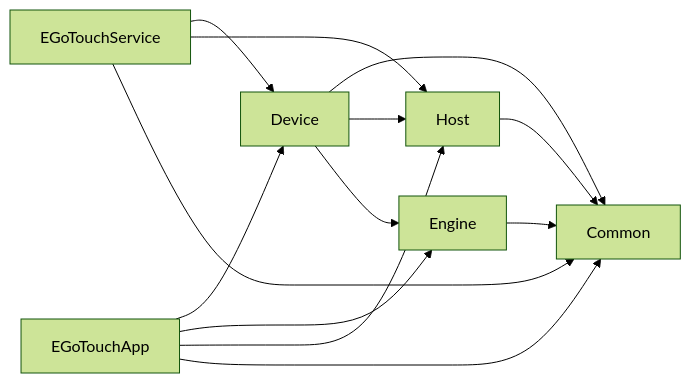
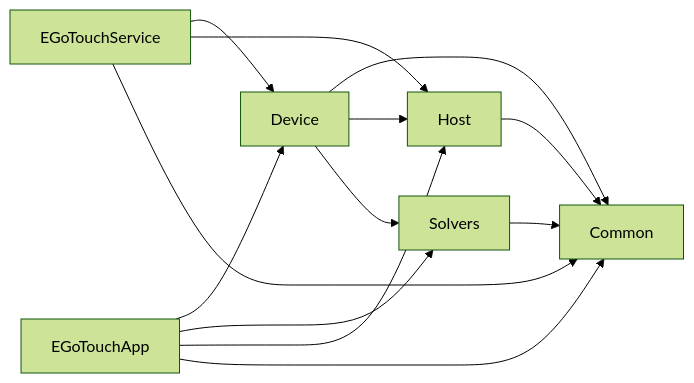
Before and after one commit to awarson2233/EGoTouchRev: the third of 3 diagrams in docs/architecture_redesign.md, drawn with Mermaid (forest theme). The commit also changed other lines of this file and 8 other files, not shown here.

Commit message:
feat: add touch and stylus pipeline configuration and architecture redesign documentation

````diff
--- a/docs/architecture_redesign.md
+++ b/docs/architecture_redesign.md
@@ -285,18 +235,18 @@
 ```mermaid
 graph LR
     Service[EGoTouchService] --> Device
     Service --> Host
     Service --> Common
 
     App[EGoTouchApp] --> Device
-    App --> Engine
+    App --> Solvers
     App --> Host
     App --> Common
 
     Device --> Common
     Device --> Host
-    Device --> Engine
+    Device --> Solvers
 
-    Engine --> Common
+    Solvers --> Common
     Host --> Common
 ```
````
